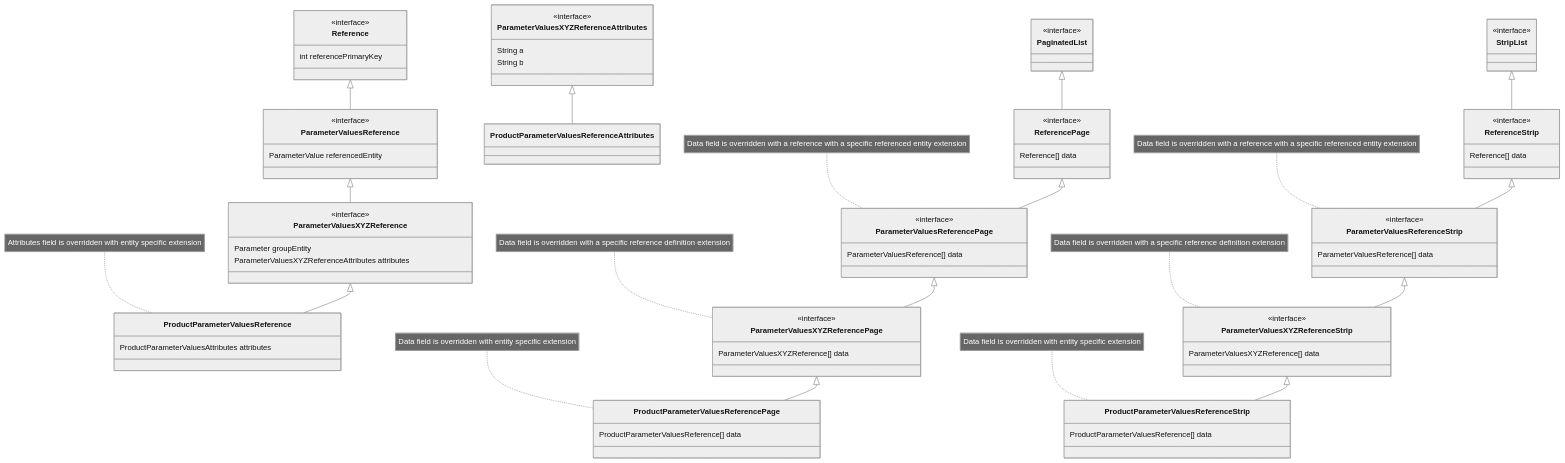
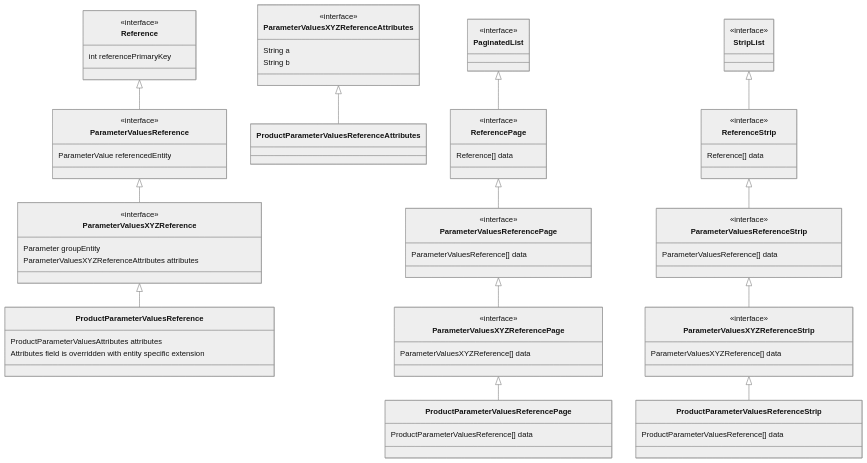
Before and after one commit to FgForrest/evitaDB: the first of 2 diagrams in documentation/user/en/use/connectors/graphql.md, drawn with Mermaid (neutral theme). The commit also changed other lines of this file, not shown here.

Commit message:
docs: mermaid syntax incompatibility with older version

````diff
--- a/documentation/user/en/use/connectors/graphql.md
+++ b/documentation/user/en/use/connectors/graphql.md
@@ -177,94 +177,88 @@
 ```mermaid
 classDiagram
-    class Reference {
-        <<interface>>
-        int referencePrimaryKey
-    }
-    class ParameterValuesReference {
-        <<interface>>
-        ParameterValue referencedEntity
-    }
-    class ParameterValuesXYZReferenceAttributes {
-        <<interface>>
-        String a
-        String b
-    }
-    class ParameterValuesXYZReference {
-        <<interface>>
-        Parameter groupEntity
-        ParameterValuesXYZReferenceAttributes attributes
-    }
-    class ProductParameterValuesReferenceAttributes {
-    }
-    class ProductParameterValuesReference {
-        ProductParameterValuesAttributes attributes
-    }
-    note for ProductParameterValuesReference "Attributes field is overridden with entity specific extension"
+  class Reference {
+    <<interface>>
+    int referencePrimaryKey
+  }
+  class ParameterValuesReference {
+    <<interface>>
+    ParameterValue referencedEntity
+  }
+  class ParameterValuesXYZReferenceAttributes {
+    <<interface>>
+    String a
+    String b
+  }
+  class ParameterValuesXYZReference {
+    <<interface>>
+    Parameter groupEntity
+    ParameterValuesXYZReferenceAttributes attributes
+  }
+  class ProductParameterValuesReferenceAttributes {
+  }
+  class ProductParameterValuesReference {
+    ProductParameterValuesAttributes attributes
+  }
+  ProductParameterValuesReference : Attributes field is overridden with entity specific extension
 
-    Reference <|-- ParameterValuesReference
+  Reference <|-- ParameterValuesReference
 
-    ParameterValuesReference <|-- ParameterValuesXYZReference
+  ParameterValuesReference <|-- ParameterValuesXYZReference
 
-    ParameterValuesXYZReferenceAttributes <|-- ProductParameterValuesReferenceAttributes
-    ParameterValuesXYZReference <|-- ProductParameterValuesReference
+  ParameterValuesXYZReferenceAttributes <|-- ProductParameterValuesReferenceAttributes
+  ParameterValuesXYZReference <|-- ProductParameterValuesReference
 
-    class PaginatedList {
-        <<interface>>
-    }
+  class PaginatedList {
+    <<interface>>
+  }
 
-    class ReferencePage {
-        <<interface>>
-        Reference[] data
-    }
-    PaginatedList <|-- ReferencePage
+  class ReferencePage {
+    <<interface>>
+    Reference[] data
+  }
+  PaginatedList <|-- ReferencePage
 
-    class ParameterValuesReferencePage {
-        <<interface>>
-        ParameterValuesReference[] data
-    }
-    ReferencePage <|-- ParameterValuesReferencePage
-    note for ParameterValuesReferencePage "Data field is overridden with a reference with a specific referenced entity extension"
+  class ParameterValuesReferencePage {
+    <<interface>>
+    ParameterValuesReference[] data
+  }
+  ReferencePage <|-- ParameterValuesReferencePage
 
-    class ParameterValuesXYZReferencePage {
-        <<interface>>
-        ParameterValuesXYZReference[] data
-    }
-    ParameterValuesReferencePage <|-- ParameterValuesXYZReferencePage
-    note for ParameterValuesXYZReferencePage "Data field is overridden with a specific reference definition extension"
+  class ParameterValuesXYZReferencePage {
+    <<interface>>
+    ParameterValuesXYZReference[] data
+  }
+  ParameterValuesReferencePage <|-- ParameterValuesXYZReferencePage
 
-    class StripList {
-        <<interface>>
-    }
+  class StripList {
+    <<interface>>
+  }
 
-    class ReferenceStrip {
-        <<interface>>
-        Reference[] data
-    }
-    StripList <|-- ReferenceStrip
+  class ReferenceStrip {
+    <<interface>>
+    Reference[] data
+  }
+  StripList <|-- ReferenceStrip
 
-    class ParameterValuesReferenceStrip {
-        <<interface>>
-        ParameterValuesReference[] data
-    }
-    ReferenceStrip <|-- ParameterValuesReferenceStrip
-    note for ParameterValuesReferenceStrip "Data field is overridden with a reference with a specific referenced entity extension"
+  class ParameterValuesReferenceStrip {
+    <<interface>>
+    ParameterValuesReference[] data
+  }
+  ReferenceStrip <|-- ParameterValuesReferenceStrip
 
-    class ParameterValuesXYZReferenceStrip {
-        <<interface>>
-        ParameterValuesXYZReference[] data
-    }
-    ParameterValuesReferenceStrip <|-- ParameterValuesXYZReferenceStrip
-    note for ParameterValuesXYZReferenceStrip "Data field is overridden with a specific reference definition extension"
+  class ParameterValuesXYZReferenceStrip {
+    <<interface>>
+    ParameterValuesXYZReference[] data
+  }
+  ParameterValuesReferenceStrip <|-- ParameterValuesXYZReferenceStrip
 
-    class ProductParameterValuesReferencePage {
-        ProductParameterValuesReference[] data
-    }
-    note for ProductParameterValuesReferencePage "Data field is overridden with entity specific extension"
-    ParameterValuesXYZReferencePage <|-- ProductParameterValuesReferencePage
+  class ProductParameterValuesReferencePage {
+    ProductParameterValuesReference[] data
+  }
+  ParameterValuesXYZReferencePage <|-- ProductParameterValuesReferencePage
 
-    class ProductParameterValuesReferenceStrip {
-        ProductParameterValuesReference[] data
-    }
-    note for ProductParameterValuesReferenceStrip "Data field is overridden with entity specific extension"
-    ParameterValuesXYZReferenceStrip <|-- ProductParameterValuesReferenceStrip
+  class ProductParameterValuesReferenceStrip {
+    ProductParameterValuesReference[] data
+  }
+  ParameterValuesXYZReferenceStrip <|-- ProductParameterValuesReferenceStrip
 ```
````
